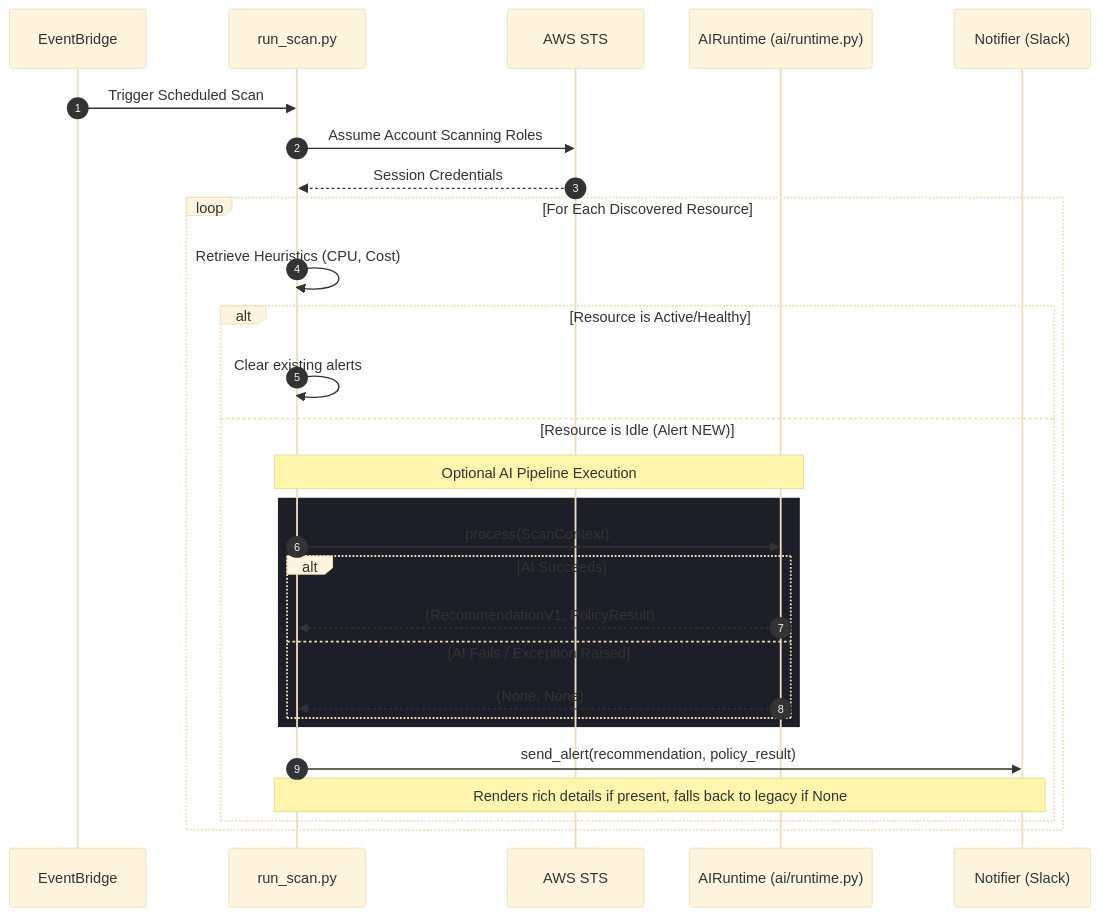
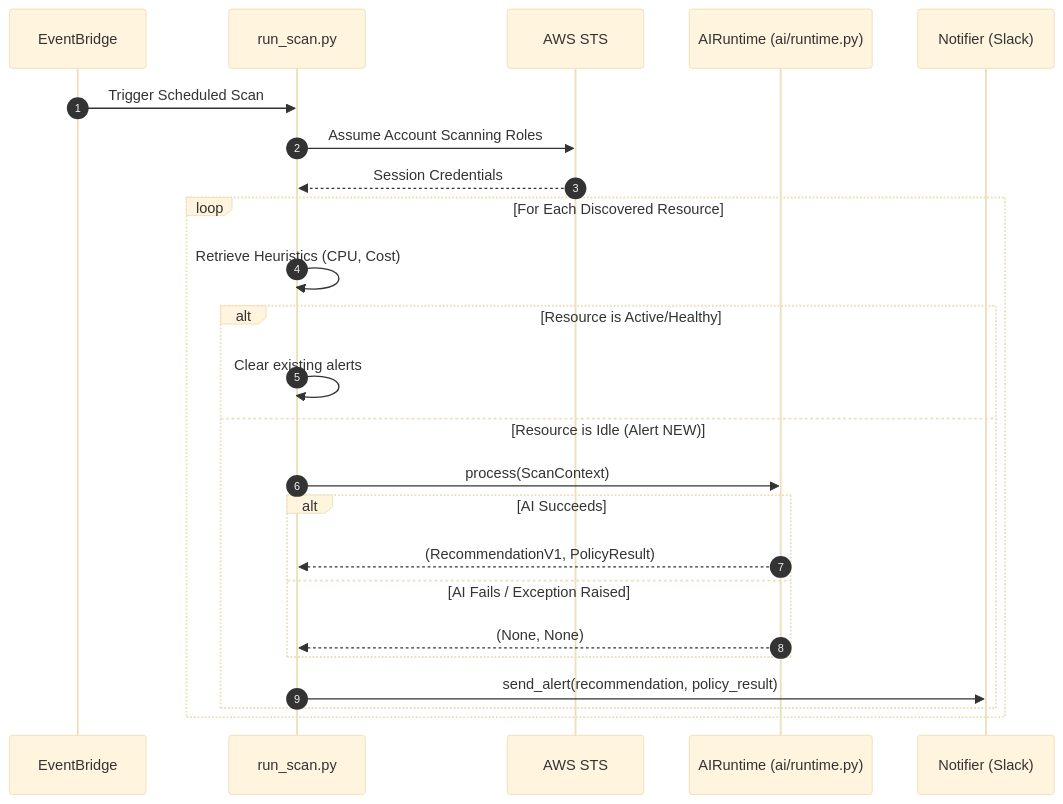
Before and after one commit to VaishnavSreekumar/sentinelfinops: the fifth of 11 diagrams in ARCHITECTURE.md, drawn with Mermaid (base theme). The commit also changed other lines of this file and 1 other file, not shown here.

Commit message:
docs: rewrite Mermaid diagrams to be 100% strict syntax compliant

````diff
--- a/ARCHITECTURE.md
+++ b/ARCHITECTURE.md
@@ -123,32 +114,28 @@
 ```mermaid
 sequenceDiagram
     autonumber
     participant Event as EventBridge
     participant Scanner as run_scan.py
     participant STS as AWS STS
     participant AIRuntime as AIRuntime (ai/runtime.py)
     participant Slack as Notifier (Slack)
 
     Event->>Scanner: Trigger Scheduled Scan
     Scanner->>STS: Assume Account Scanning Roles
     STS-->>Scanner: Session Credentials
 
     loop For Each Discovered Resource
         Scanner->>Scanner: Retrieve Heuristics (CPU, Cost)
         alt Resource is Active/Healthy
             Scanner->>Scanner: Clear existing alerts
         else Resource is Idle (Alert NEW)
-            Note over Scanner, AIRuntime: Optional AI Pipeline Execution
-            rect rgb(30, 30, 40)
-                Scanner->>AIRuntime: process(ScanContext)
-                alt AI Succeeds
-                    AIRuntime-->>Scanner: (RecommendationV1, PolicyResult)
-                else AI Fails / Exception Raised
-                    AIRuntime-->>Scanner: (None, None)
-                end
+            Scanner->>AIRuntime: process(ScanContext)
+            alt AI Succeeds
+                AIRuntime-->>Scanner: (RecommendationV1, PolicyResult)
+            else AI Fails / Exception Raised
+                AIRuntime-->>Scanner: (None, None)
             end
             Scanner->>Slack: send_alert(recommendation, policy_result)
-            Note over Scanner, Slack: Renders rich details if present, falls back to legacy if None
         end
     end
 ```
````
